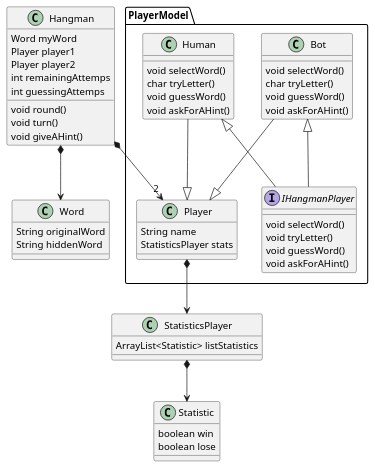
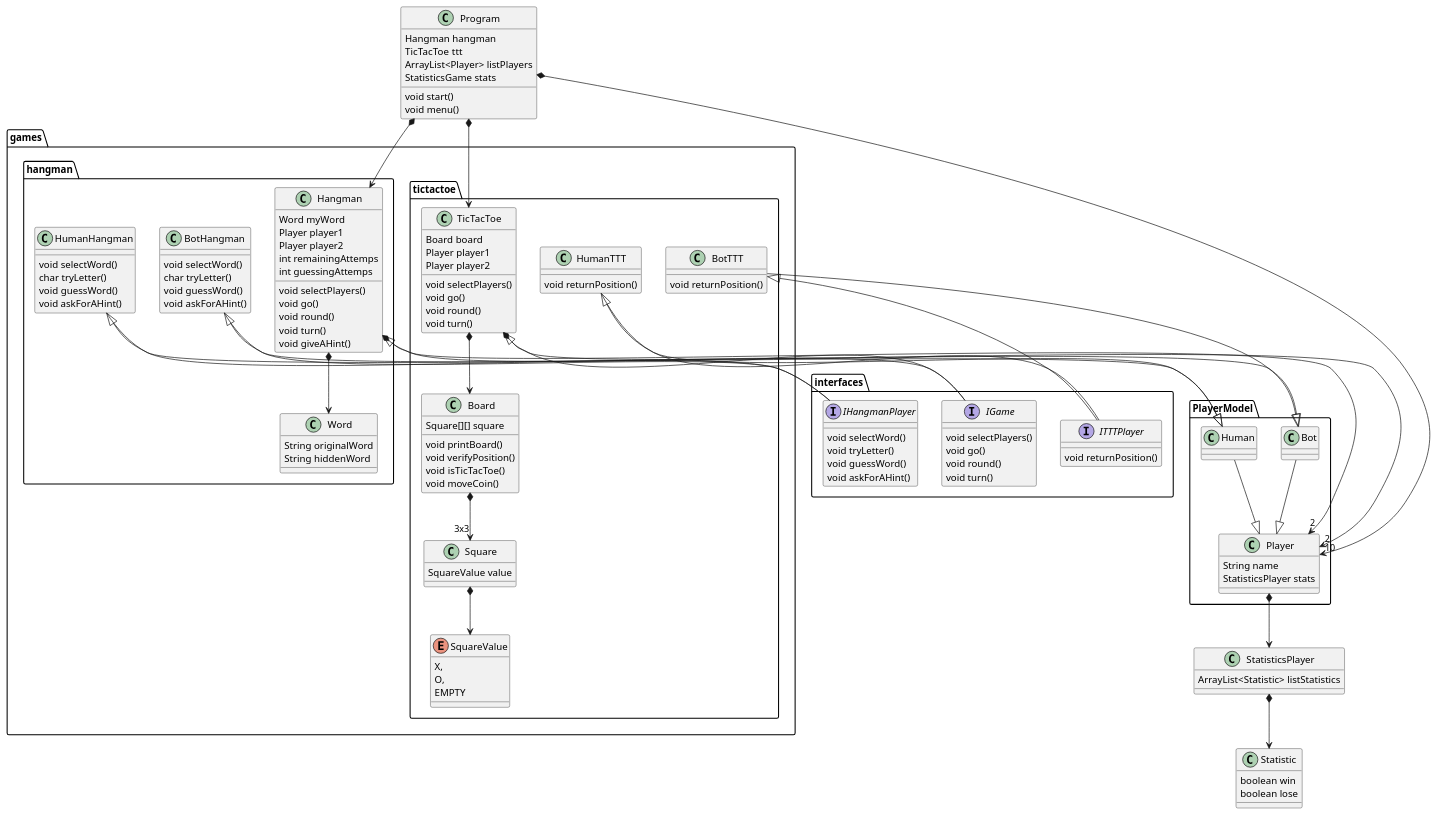
The diagram in docs/ClassDiagramHangMan.wsd (LouisGonzalez/ExcerciseGames-ItFundamentals), drawn with PlantUML before and after one commit.

Commit message:
class diagram prototype finalized

```diff
--- a/docs/ClassDiagramHangMan.wsd
+++ b/docs/ClassDiagramHangMan.wsd
@@ -1,70 +1,178 @@
 @startuml ClassHangman
+
+class Program{
+    Hangman hangman
+    TicTacToe ttt
+    ArrayList<Player> listPlayers
+    StatisticsGame stats
+    void start()
+    void menu()
+}
+
+package interfaces  {
+
+    interface IHangmanPlayer {
+        void selectWord()
+        void tryLetter()
+        void guessWord()
+        void askForAHint()
+    }
+
+    interface ITTTPlayer {
+        void returnPosition()
+    }
+
+    interface IGame {
+        void selectPlayers()
+        void go()
+        void round()
+        void turn()
+    }
+
+}
 
 package PlayerModel {
 
-class Player {
-    String name
-    StatisticsPlayer stats
-}
-interface IHangmanPlayer {
-    void selectWord()
-    void tryLetter()
-    void guessWord()
-    void askForAHint()
-}
+    class Player {
+        String name
+        StatisticsPlayer stats
+    }
 
-class Bot {
-    void selectWord()
-    char tryLetter()
-    void guessWord()
-    void askForAHint()
-}
-class Human{
-    void selectWord()
-    char tryLetter()
-    void guessWord()
-    void askForAHint()
-}
+
+    class Bot {
+    }
+
+    class Human{
+    }
+
 
 }
 
-class Hangman {
-    Word myWord
-    Player player1
-    Player player2
-    int remainingAttemps
-    int guessingAttemps
-    void round()
-    void turn()
-    void giveAHint()
+package games {
+
+    package tictactoe{
+
+        class HumanTTT{
+            void returnPosition()
+        }
+
+        class BotTTT{
+            void returnPosition()
+        }
+
+
+        class TicTacToe {
+            Board board
+            Player player1
+            Player player2
+            void selectPlayers()
+            void go()
+            void round()
+            void turn()
+        }
+
+        class Board {
+            Square[][] square
+            void printBoard()
+            void verifyPosition()
+            void isTicTacToe()
+            void moveCoin()
+        }
+
+        class Square {
+            SquareValue value
+        }
+
+        enum SquareValue {
+            X,
+            O,
+            EMPTY
+        }
+
+    }
+
+    package hangman {
+        class Hangman {
+            Word myWord
+            Player player1
+            Player player2
+            int remainingAttemps
+            int guessingAttemps
+            void selectPlayers()
+            void go()
+            void round()
+            void turn()
+            void giveAHint()
+        }
+
+        class Word{
+            String originalWord
+            String hiddenWord
+        }
+
+        class HumanHangman{
+            void selectWord()
+            char tryLetter()
+            void guessWord()
+            void askForAHint()        
+        }
+
+        class BotHangman{
+            void selectWord()
+            char tryLetter()
+            void guessWord()
+            void askForAHint()
+        }
+
+
+    }
 
 }
 
 class StatisticsPlayer {
     ArrayList<Statistic> listStatistics
 
 }
 
 class Statistic {
     boolean win
     boolean lose 
 }
 
 
-class Word{
-    String originalWord
-    String hiddenWord
-}
+
+Program *--> Hangman
+Program *--> TicTacToe
+Program *--> "10" Player
+
+IGame --|> Hangman
+IGame --|> TicTacToe
 
 Hangman *--> "2" Player
 Hangman *--> Word
 Human --|> Player
 Bot --|> Player
-Bot <|-- IHangmanPlayer
-Human <|-- IHangmanPlayer
+
+TicTacToe *--> Board
+Board *--> "3x3" Square
+Square *--> SquareValue
+TicTacToe *--> "2" Player
+
 
 Player *--> StatisticsPlayer
 StatisticsPlayer *--> Statistic
 
+BotHangman <|-- IHangmanPlayer
+HumanHangman <|-- IHangmanPlayer
+
+HumanHangman --|> Human
+HumanTTT --|> Human
+
+BotHangman --|> Bot
+BotTTT --|> Bot
+
+BotTTT <|-- ITTTPlayer
+HumanTTT <|-- ITTTPlayer
+
 
 @enduml
```
